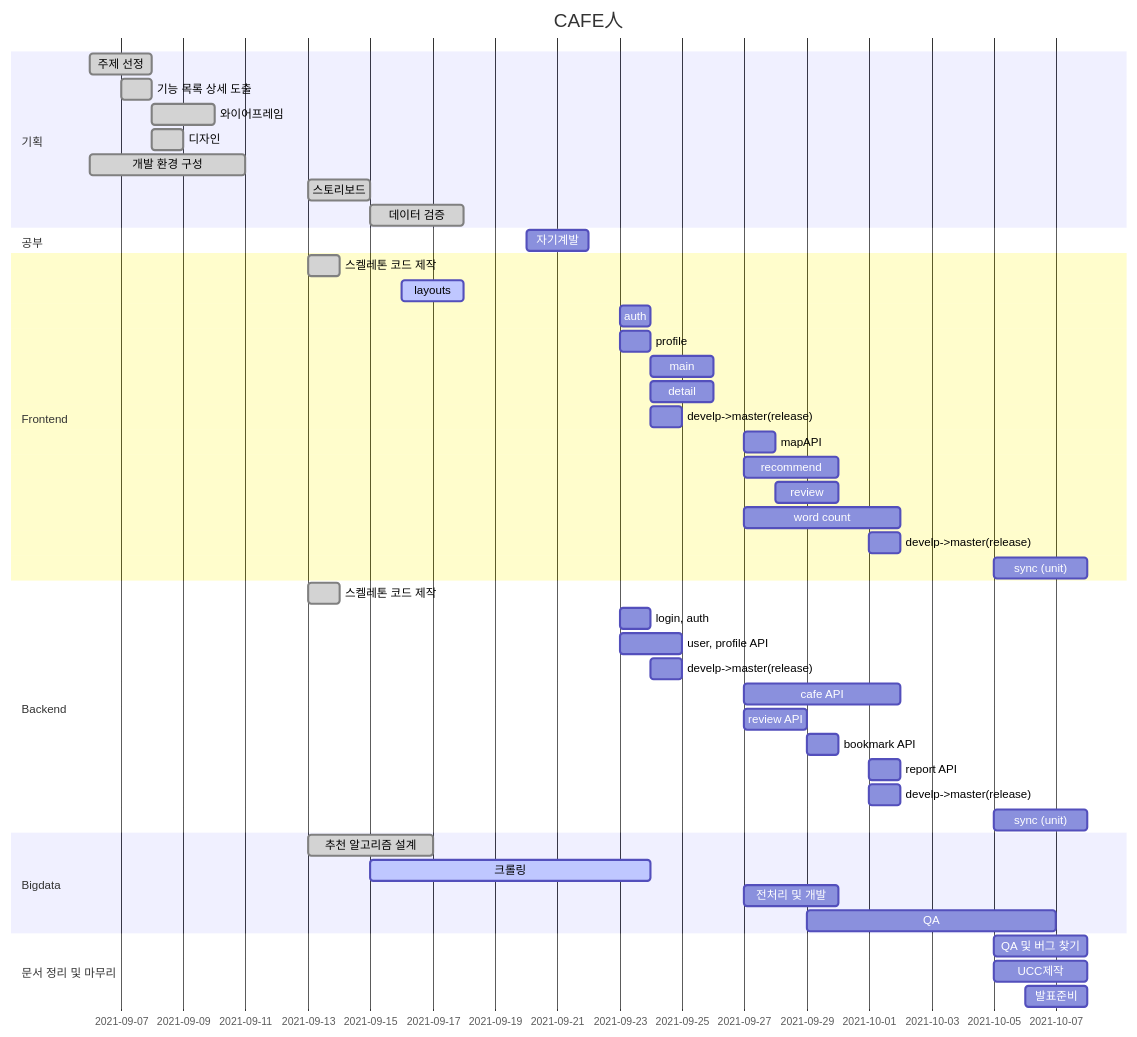
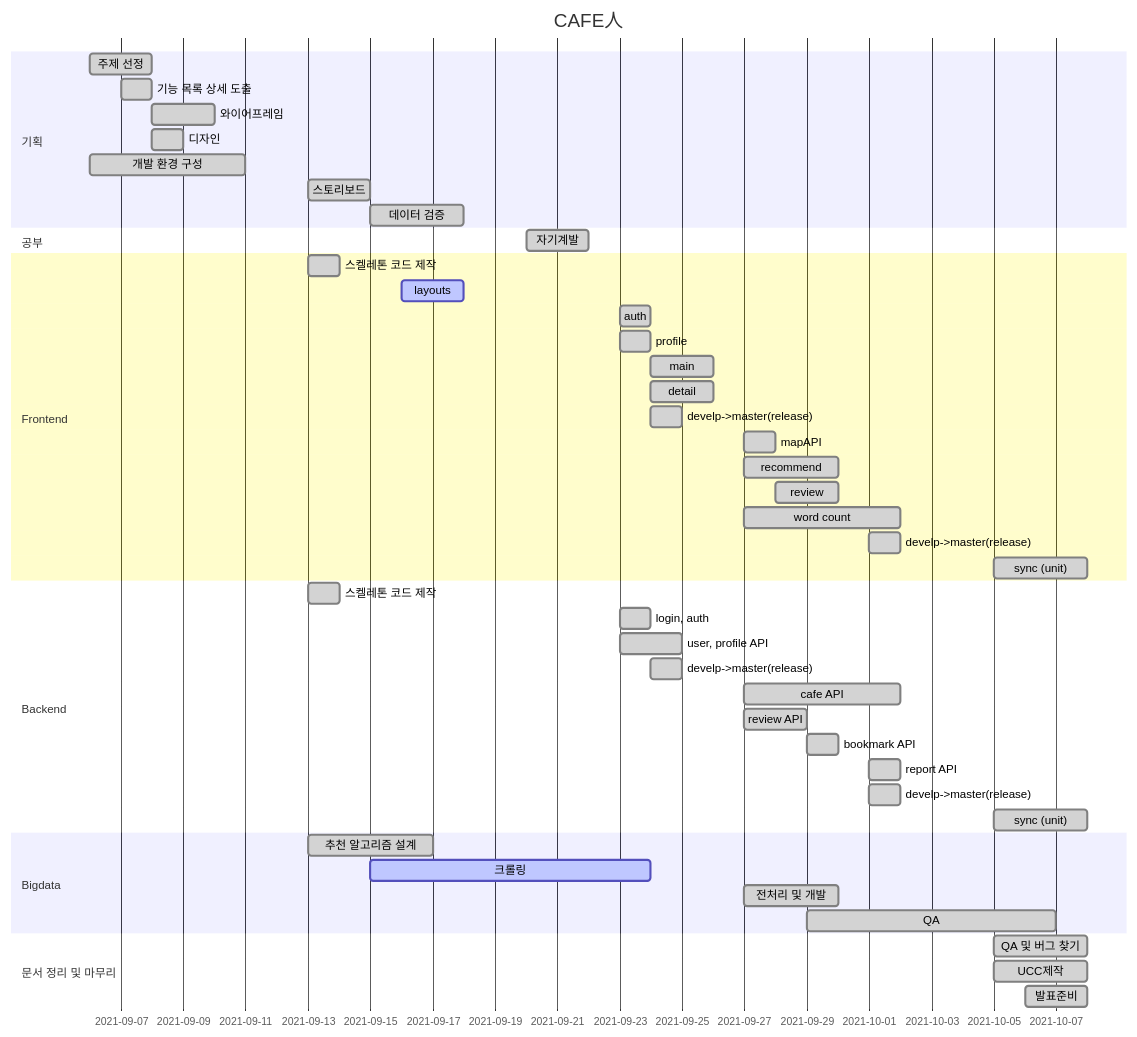
One commit to chowonsik/CafeIn changed the diagram in README.md. Above: the diagram before and after it, drawn with Mermaid.

Commit message:
[S05P21B204-209] docs: Write README.md

````diff
--- a/README.md
+++ b/README.md
@@ -23,56 +23,56 @@
 ```mermaid
 gantt
 dateFormat MM-DD
 title CAFE人
 
 section 기획
 주제 선정 :done, 09-06, 2d
 기능 목록 상세 도출 :done, 09-07, 1d
 와이어프레임 :done, 09-08, 2d
 디자인 :done, 09-08, 1d
 개발 환경 구성 :done, 09-06, 5d
 스토리보드 :done, 09-13, 2d
 데이터 검증 :done, 09-15, 3d
 
 section 공부
-자기계발 :after, 09-20, 2d
+자기계발 :done, 09-20, 2d
 
 section Frontend
 스켈레톤 코드 제작 :done, 09-13, 1d
 layouts :active, 09-16, 2d
-auth :after, 09-23, 1d
-profile :after, 09-23, 1d
-main :after, 09-24, 2d
-detail :after, 09-24, 2d
-develp->master(release) :after, 09-24, 1d
-mapAPI :after, 09-27, 1d
-recommend :after, 09-27, 3d
-review :after, 09-28, 2d
-word count: after, 09-27, 5d
-develp->master(release) :after, 10-01, 1d
-sync (unit): after, 10-05, 3d
+auth :done, 09-23, 1d
+profile :done, 09-23, 1d
+main :done, 09-24, 2d
+detail :done, 09-24, 2d
+develp->master(release) :done, 09-24, 1d
+mapAPI :done, 09-27, 1d
+recommend :done, 09-27, 3d
+review :done, 09-28, 2d
+word count: done, 09-27, 5d
+develp->master(release) :done, 10-01, 1d
+sync (unit): done, 10-05, 3d
 
 section Backend
 스켈레톤 코드 제작 :done, 09-13, 1d
-login, auth :after, 09-23, 1d
-user, profile API :after, 09-23, 2d
-develp->master(release) :after, 09-24, 1d
-cafe API :after, 09-27, 5d
-review API :after, 09-27, 2d
-bookmark API :after, 09-29, 1d
-report API :after, 10-01, 1d
-develp->master(release) :after, 10-01, 1d
-sync (unit) :after, 10-05, 3d
+login, auth :done, 09-23, 1d
+user, profile API :done, 09-23, 2d
+develp->master(release) :done, 09-24, 1d
+cafe API :done, 09-27, 5d
+review API :done, 09-27, 2d
+bookmark API :done, 09-29, 1d
+report API :done, 10-01, 1d
+develp->master(release) :done, 10-01, 1d
+sync (unit) :done, 10-05, 3d
 
 section Bigdata
 추천 알고리즘 설계 : done, 09-13, 4d
 크롤링 : active, 09-15, 9d
-전처리 및 개발 : after, 09-27, 3d
-QA : after, 09-29, 8d
+전처리 및 개발 : done, 09-27, 3d
+QA : done, 09-29, 8d
 
 section 문서 정리 및 마무리
-QA 및 버그 찾기 :after, 10-05, 3d
-UCC제작 :after, 10-05, 3d
-발표준비 :after, 10-06, 2d
+QA 및 버그 찾기 :done, 10-05, 3d
+UCC제작 :done, 10-05, 3d
+발표준비 :done, 10-06, 2d
 
 ```
````
